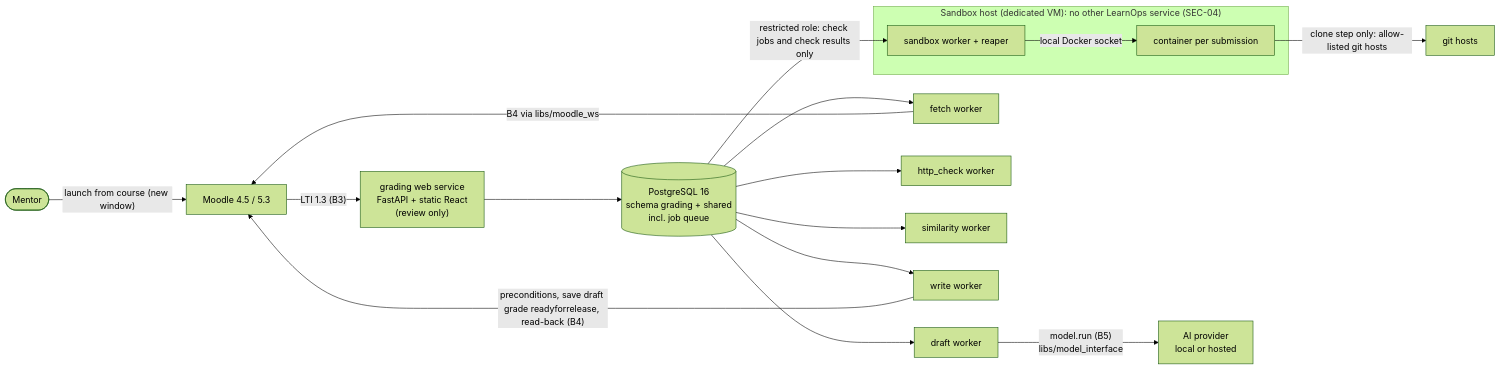
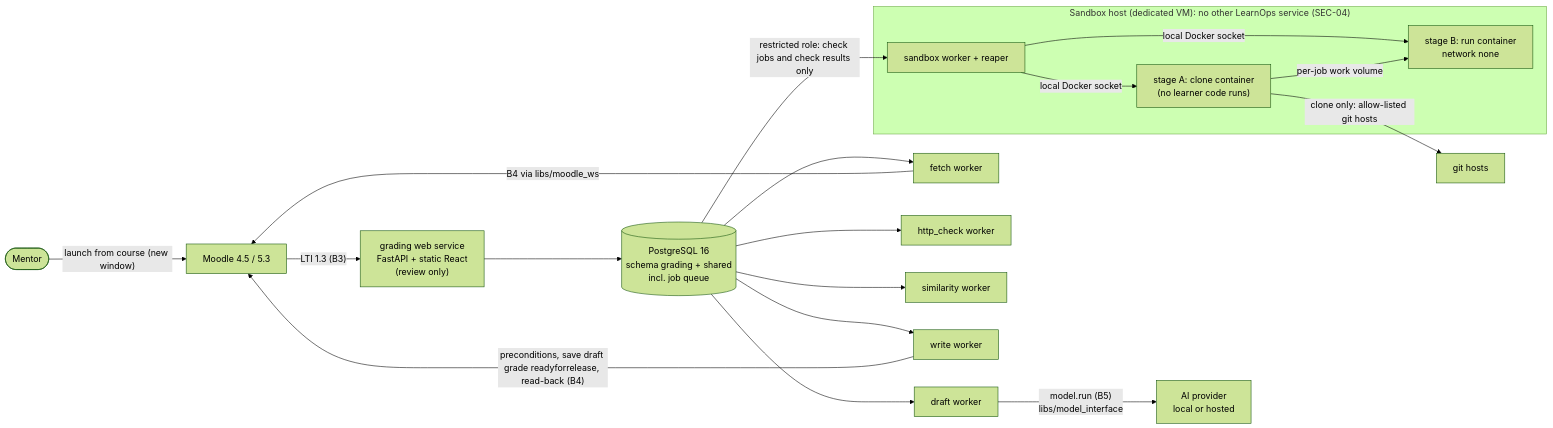
Before and after one commit to narenccode/learnops: the diagram in docs/design/grading.md, drawn with Mermaid (forest theme). The commit also changed other lines of this file, not shown here.

Commit message:
docs(grading): expand secure sandbox design (#30)

````diff
--- a/docs/design/grading.md
+++ b/docs/design/grading.md
@@ -84,19 +100,21 @@
 ```mermaid
 flowchart LR
  MENTOR(["Mentor"]) -- "launch from course (new window)" --> MOODLE["Moodle 4.5 / 5.3"]
  MOODLE -- "LTI 1.3 (B3)" --> WEB["grading web service<br/>FastAPI + static React<br/>(review only)"]
  WEB --> DB[("PostgreSQL 16<br/>schema grading + shared<br/>incl. job queue")]
  DB --> FETCH["fetch worker"]
  DB --> HTTP["http_check worker"]
  DB --> DRAFT["draft worker"]
  DB --> SIM["similarity worker"]
  DB --> WRITE["write worker"]
  DB -- "restricted role: check jobs and check results only" --> SBW
  FETCH -- "B4 via libs/moodle_ws" --> MOODLE
  WRITE -- "preconditions, save draft grade readyforrelease, read-back (B4)" --> MOODLE
  DRAFT -- "model.run (B5)<br/>libs/model_interface" --> AI["AI provider<br/>local or hosted"]
  subgraph SBH["Sandbox host (dedicated VM): no other LearnOps service (SEC-04)"]
-  SBW["sandbox worker + reaper"] -- "local Docker socket" --> C1["container per submission"]
+  SBW["sandbox worker + reaper"] -- "local Docker socket" --> CA["stage A: clone container<br/>(no learner code runs)"]
+  SBW -- "local Docker socket" --> CB["stage B: run container<br/>network none"]
+  CA -- "per-job work volume" --> CB
  end
- C1 -- "clone step only: allow-listed git hosts" --> GIT["git hosts"]
+ CA -- "clone only: allow-listed git hosts" --> GIT["git hosts"]
 ```
````
